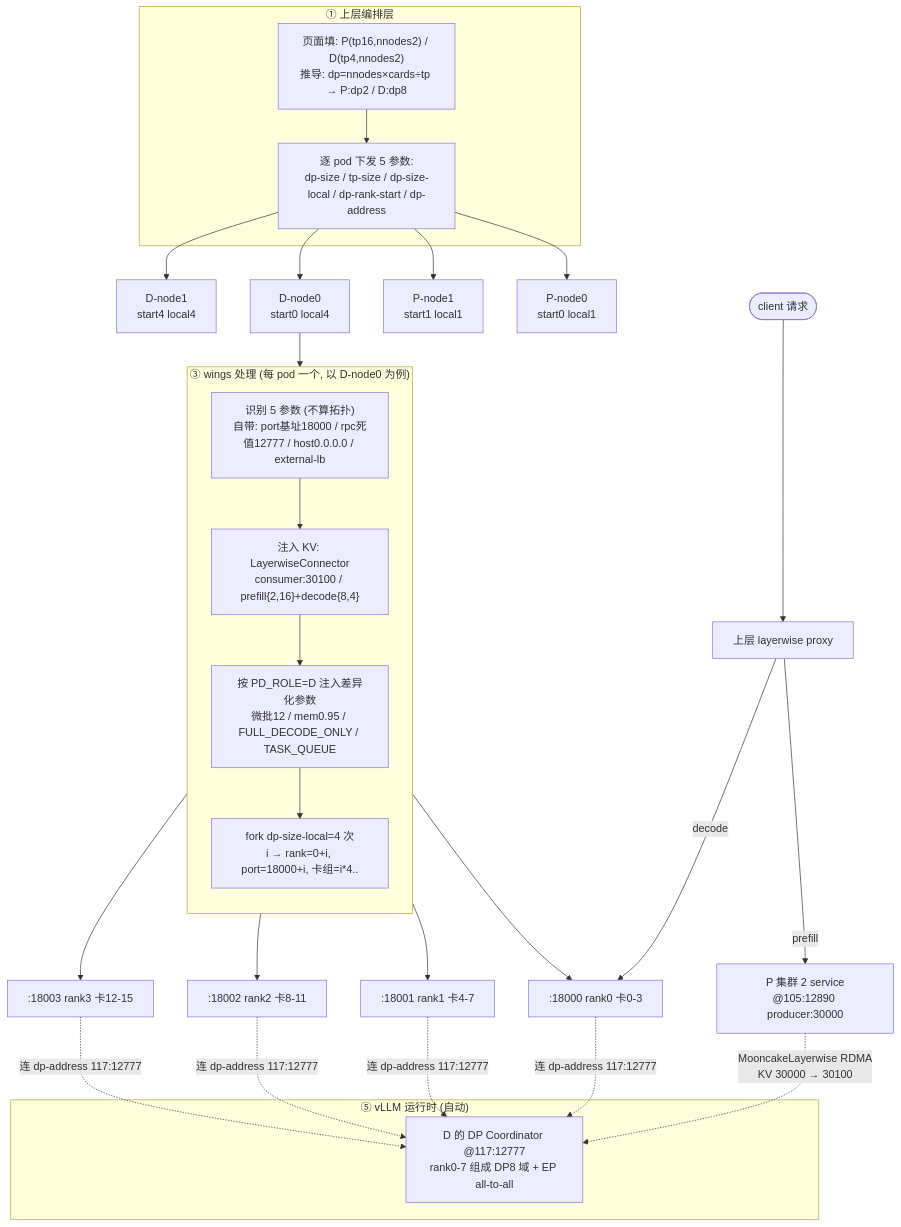
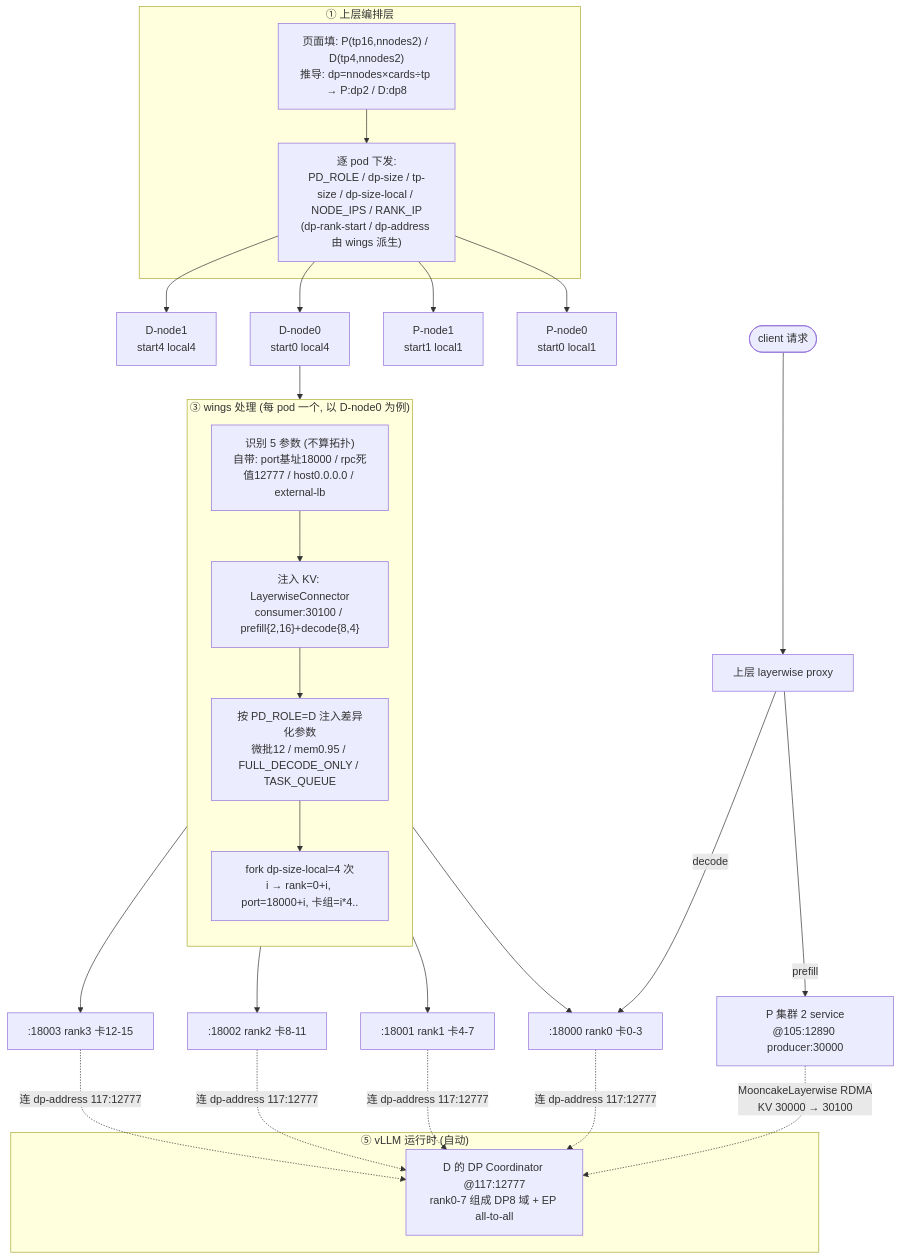
One commit to thegodloy-jpg/wings-control changed the diagram in xuqiu/deepseek-v32-pd-disaggregation.md. Above: the diagram before and after it, drawn with Mermaid. The commit also changed other lines of this file, not shown here.

First line of the commit message:
docs(pd): fix §6/§7 contract — dp-rank-start/dp-address are wings-derived, not sent

````diff
--- a/xuqiu/deepseek-v32-pd-disaggregation.md
+++ b/xuqiu/deepseek-v32-pd-disaggregation.md
@@ -493,39 +503,39 @@
 ```mermaid
 flowchart TB
     subgraph UP["① 上层编排层"]
         PLAN["页面填: P(tp16,nnodes2) / D(tp4,nnodes2)<br/>推导: dp=nnodes×cards÷tp → P:dp2 / D:dp8"]
-        PLAN --> DISP["逐 pod 下发 5 参数:<br/>dp-size / tp-size / dp-size-local / dp-rank-start / dp-address"]
+        PLAN --> DISP["逐 pod 下发:<br/>PD_ROLE / dp-size / tp-size / dp-size-local / NODE_IPS / RANK_IP<br/>(dp-rank-start / dp-address 由 wings 派生)"]
     end
 
     DISP --> POD0["P-node0<br/>start0 local1"]
     DISP --> POD1["P-node1<br/>start1 local1"]
     DISP --> POD2["D-node0<br/>start0 local4"]
     DISP --> POD3["D-node1<br/>start4 local4"]
 
     POD2 --> WINGS
 
     subgraph WINGS["③ wings 处理 (每 pod 一个, 以 D-node0 为例)"]
         direction TB
         ID["识别 5 参数 (不算拓扑)<br/>自带: port基址18000 / rpc死值12777 / host0.0.0.0 / external-lb"]
         ID --> KV["注入 KV: LayerwiseConnector<br/>consumer:30100 / prefill{2,16}+decode{8,4}"]
         KV --> DIFF["按 PD_ROLE=D 注入差异化参数<br/>微批12 / mem0.95 / FULL_DECODE_ONLY / TASK_QUEUE"]
         DIFF --> FORK["fork dp-size-local=4 次<br/>i → rank=0+i, port=18000+i, 卡组=i*4.."]
     end
 
     FORK --> S0[":18000 rank0 卡0-3"]
     FORK --> S1[":18001 rank1 卡4-7"]
     FORK --> S2[":18002 rank2 卡8-11"]
     FORK --> S3[":18003 rank3 卡12-15"]
 
     S0 & S1 & S2 & S3 -. "连 dp-address 117:12777" .-> COORD
 
     subgraph RT["⑤ vLLM 运行时 (自动)"]
         COORD["D 的 DP Coordinator @117:12777<br/>rank0-7 组成 DP8 域 + EP all-to-all"]
     end
 
     PGRP["P 集群 2 service<br/>@105:12890 producer:30000"] -. "MooncakeLayerwise RDMA<br/>KV 30000 → 30100" .-> COORD
 
     CLI([client 请求]) --> PROXY["上层 layerwise proxy"]
     PROXY -- prefill --> PGRP
     PROXY -- decode --> S0
 ```
````
